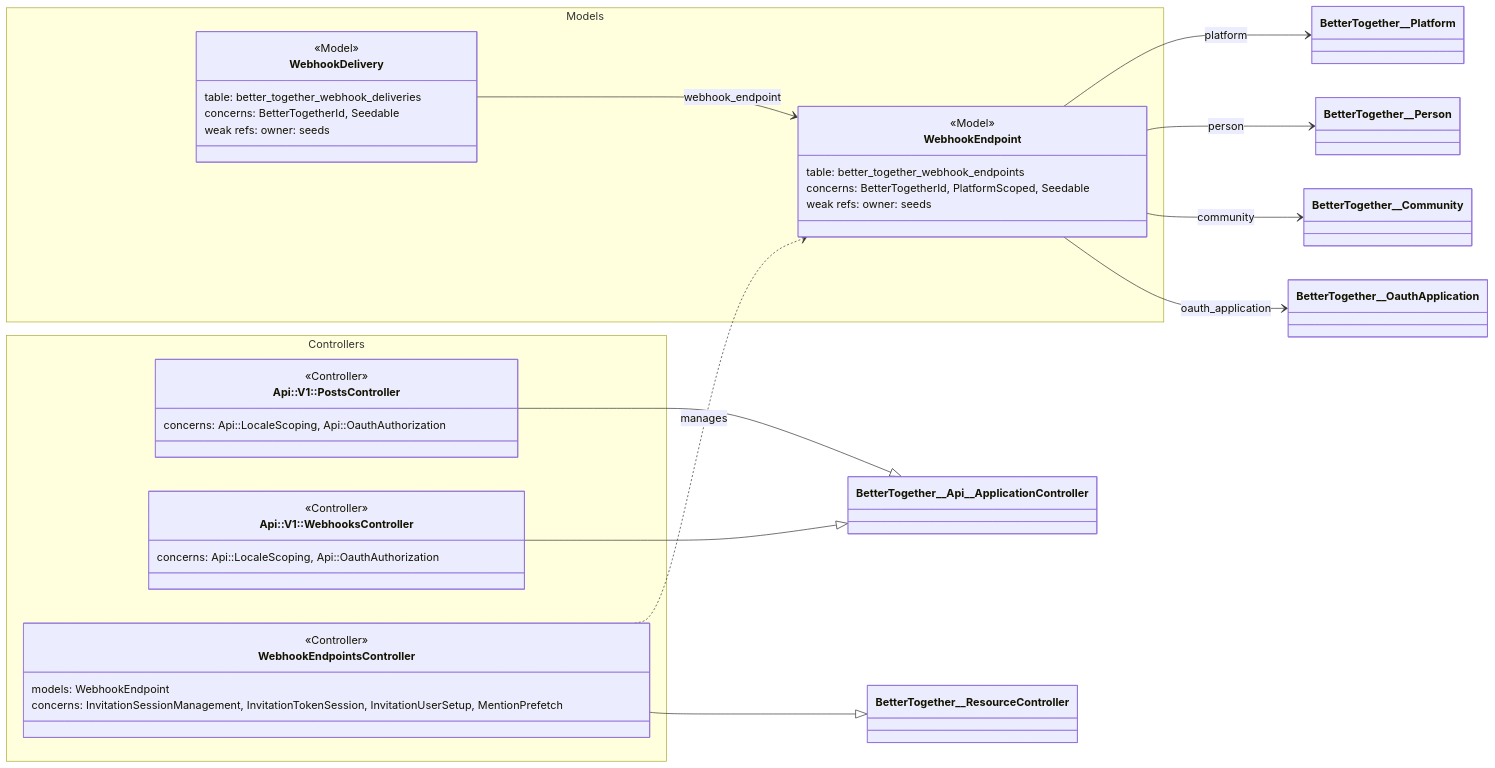
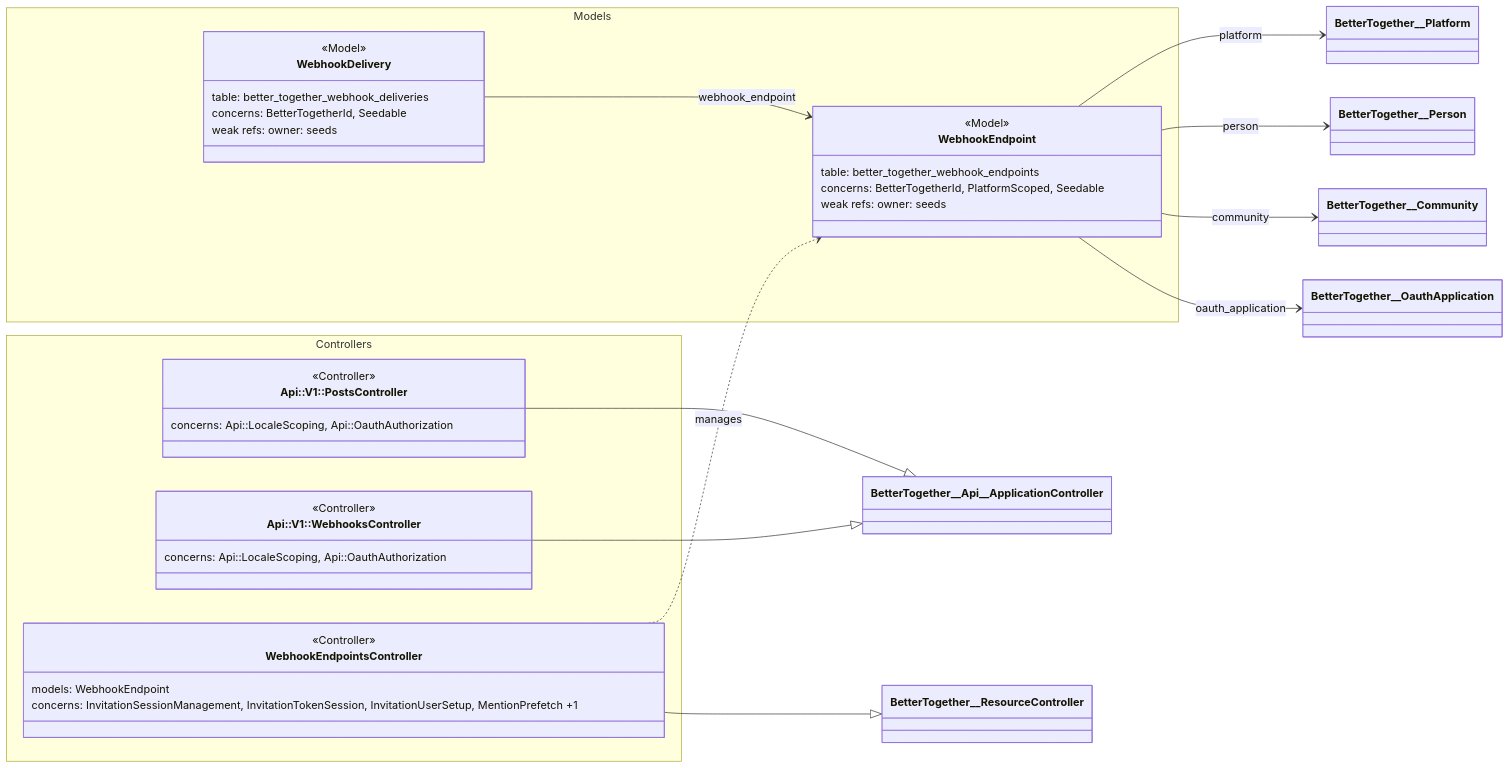
One commit to better-together-org/community-engine-rails changed the diagram in docs/diagrams/source/ce_integrations_webhooks_rails_layers.mmd. Above: the diagram before and after it, drawn with Mermaid. The commit also changed 36 other files, not shown here.

Commit message:
docs(diagrams): regenerate subsystem diagrams after merging main

```diff
--- a/docs/diagrams/source/ce_integrations_webhooks_rails_layers.mmd
+++ b/docs/diagrams/source/ce_integrations_webhooks_rails_layers.mmd
@@ -1,44 +1,44 @@
 %% Generated by scripts/export_subsystem_diagrams.rb
 classDiagram
   direction LR
 
   namespace Controllers {
     class BetterTogether__Api__V1__PostsController["Api::V1::PostsController"] {
       <<Controller>>
       concerns: Api::LocaleScoping, Api::OauthAuthorization
     }
     class BetterTogether__Api__V1__WebhooksController["Api::V1::WebhooksController"] {
       <<Controller>>
       concerns: Api::LocaleScoping, Api::OauthAuthorization
     }
     class BetterTogether__WebhookEndpointsController["WebhookEndpointsController"] {
       <<Controller>>
       models: WebhookEndpoint
-      concerns: InvitationSessionManagement, InvitationTokenSession, InvitationUserSetup, MentionPrefetch
+      concerns: InvitationSessionManagement, InvitationTokenSession, InvitationUserSetup, MentionPrefetch +1
     }
   }
 
   namespace Models {
     class BetterTogether__WebhookDelivery["WebhookDelivery"] {
       <<Model>>
       table: better_together_webhook_deliveries
       concerns: BetterTogetherId, Seedable
       weak refs: owner: seeds
     }
     class BetterTogether__WebhookEndpoint["WebhookEndpoint"] {
       <<Model>>
       table: better_together_webhook_endpoints
       concerns: BetterTogetherId, PlatformScoped, Seedable
       weak refs: owner: seeds
     }
   }
 
   BetterTogether__Api__V1__PostsController --|> BetterTogether__Api__ApplicationController
   BetterTogether__Api__V1__WebhooksController --|> BetterTogether__Api__ApplicationController
   BetterTogether__WebhookEndpointsController ..> BetterTogether__WebhookEndpoint : manages
   BetterTogether__WebhookEndpointsController --|> BetterTogether__ResourceController
   BetterTogether__WebhookDelivery --> BetterTogether__WebhookEndpoint : webhook_endpoint
   BetterTogether__WebhookEndpoint --> BetterTogether__Platform : platform
   BetterTogether__WebhookEndpoint --> BetterTogether__Person : person
   BetterTogether__WebhookEndpoint --> BetterTogether__Community : community
   BetterTogether__WebhookEndpoint --> BetterTogether__OauthApplication : oauth_application
```
